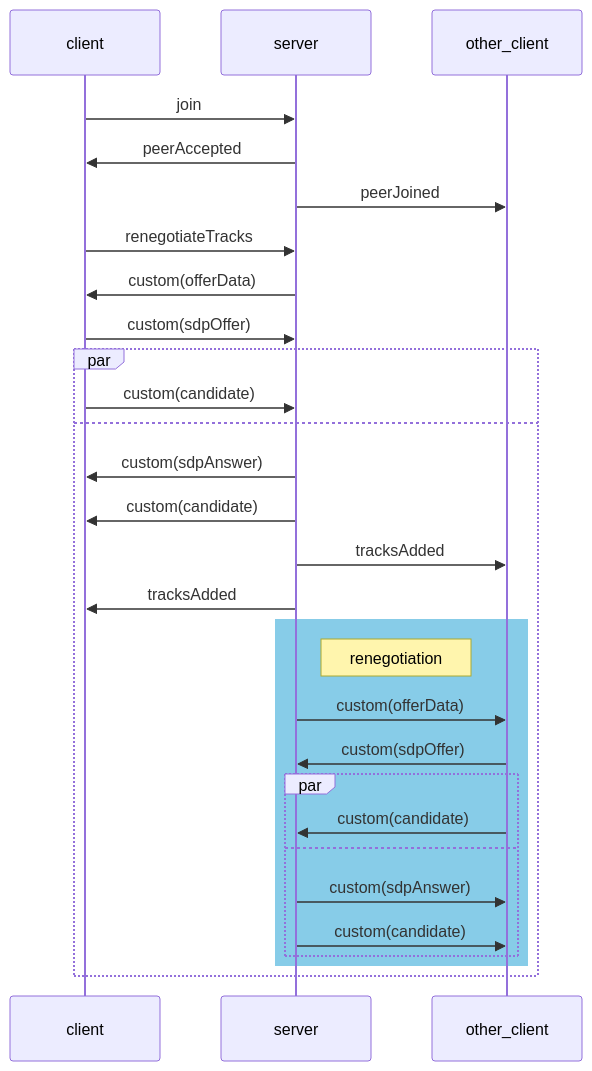
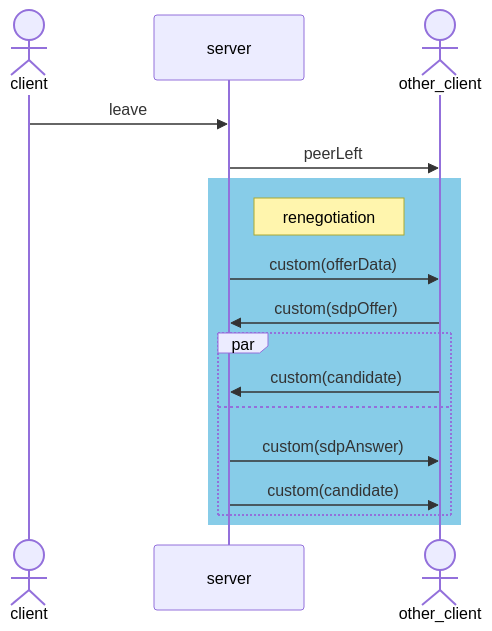
Before and after one commit to fishjam-dev/membrane_rtc_engine: the third of 3 diagrams in internal_docs/protocol.md, drawn with Mermaid.

Commit message:
Refactor `Signaling Protocol`
Use actors, change the order of seq diagrams, don't repeat join actions
in `Adding a track` diagram.

````diff
--- a/internal_docs/protocol.md
+++ b/internal_docs/protocol.md
@@ -33,28 +48,19 @@
 ```mermaid
 sequenceDiagram
-    client->>server: join
-    server->>client: peerAccepted
-    server->>other_client: peerJoined
-    client->>server: renegotiateTracks
-    server->>client: custom(offerData)
-    client->>server: custom(sdpOffer)
-    par
-        client->>server: custom(candidate)
-    and
-        server->>client: custom(sdpAnswer)
-        server->>client: custom(candidate)
-        server->>other_client: tracksAdded
-        server->>client: tracksAdded 
-        rect rgb(135, 204, 232)
-            note right of server: renegotiation
-            server->>other_client: custom(offerData)
-            other_client->>server: custom(sdpOffer)
-            par
-                other_client->>server: custom(candidate)
-            and
-                server->>other_client: custom(sdpAnswer)
-                server->>other_client: custom(candidate)
-            end
+    actor client
+    participant server
+    actor other_client
+    client->>server: leave
+    server->>other_client: peerLeft
+    rect rgb(135, 204, 232)
+        note right of server: renegotiation
+        server->>other_client: custom(offerData)
+        other_client->>server: custom(sdpOffer)
+        par
+            other_client->>server: custom(candidate)
+        and
+            server->>other_client: custom(sdpAnswer)
+            server->>other_client: custom(candidate)
         end
     end
-```  
+```
````
